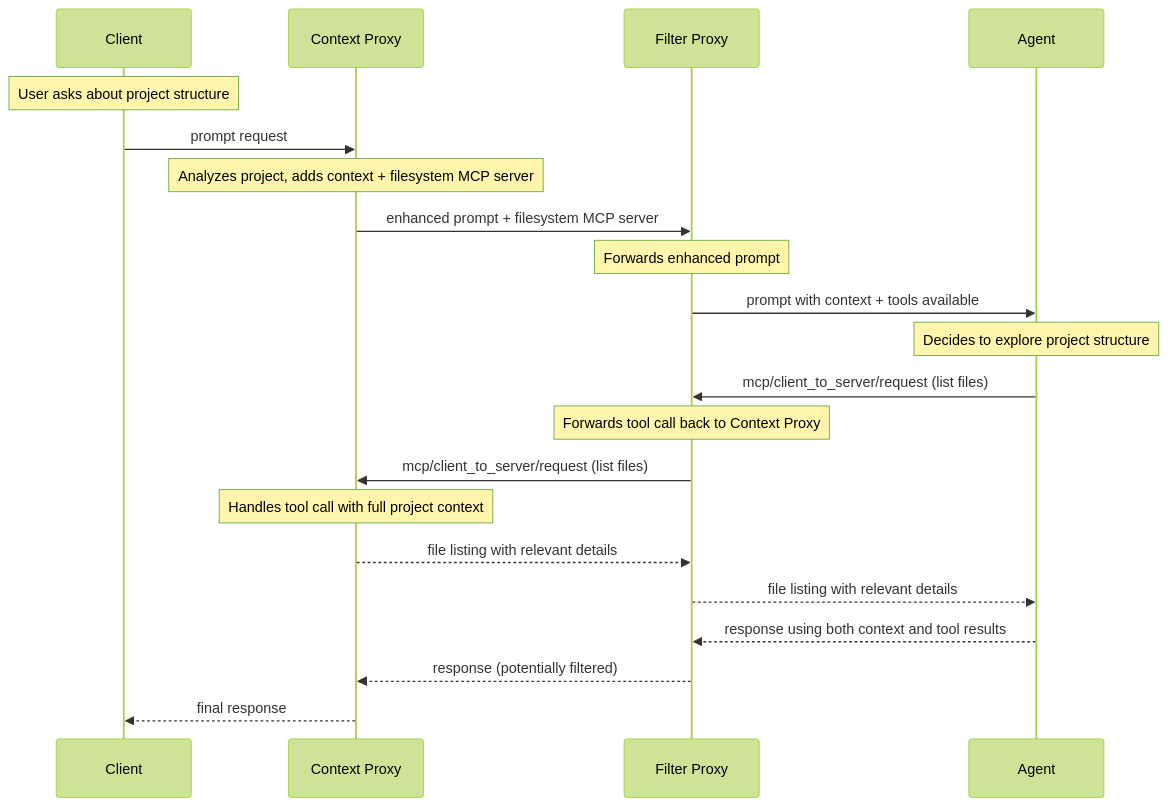
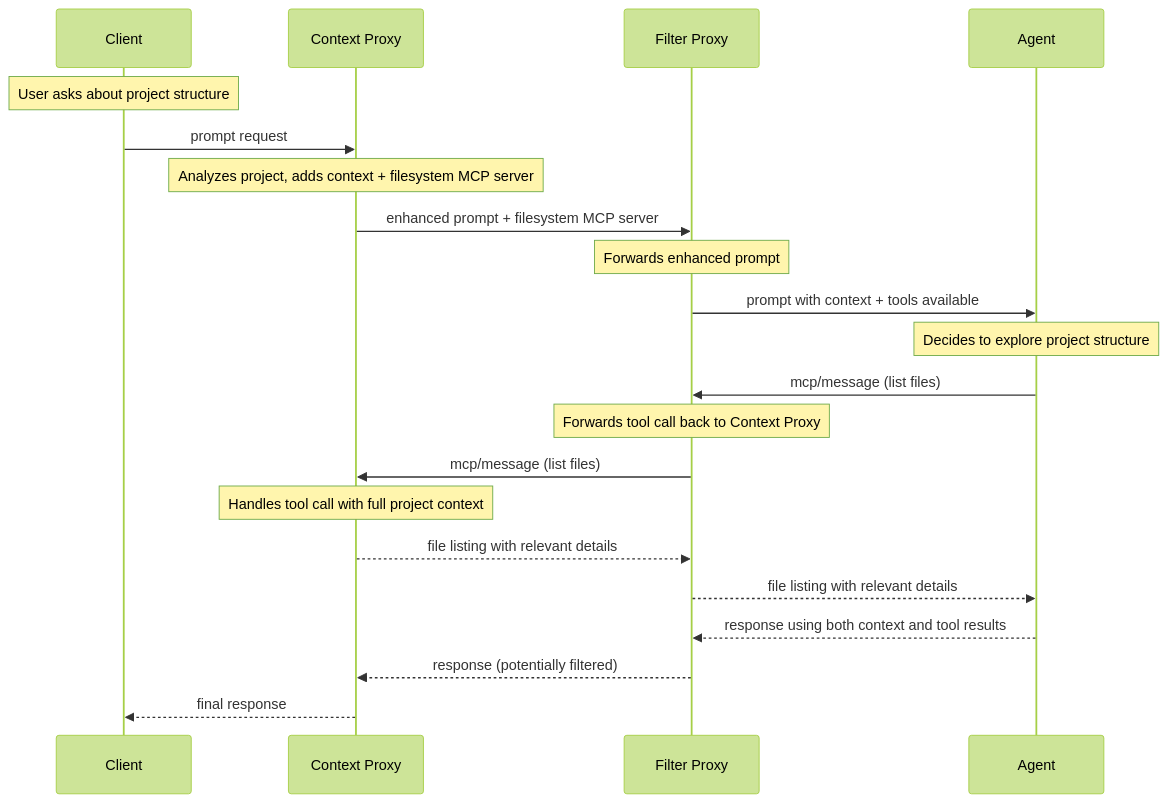
The second of 9 diagrams in docs/rfds/proxy-chains.mdx (agentclientprotocol/agent-client-protocol), drawn with Mermaid (forest theme) before and after one commit. The commit also changed other lines of this file, not shown here.

````diff
--- a/docs/rfds/proxy-chains.mdx
+++ b/docs/rfds/proxy-chains.mdx
@@ -70,30 +70,30 @@
 ```mermaid
 sequenceDiagram
     participant Client
     participant P1 as Context Proxy
     participant P2 as Filter Proxy  
     participant Agent
 
     Note over Client: User asks about project structure
     Client->>P1: prompt request
     
     Note over P1: Analyzes project, adds context + filesystem MCP server
     P1->>P2: enhanced prompt + filesystem MCP server
     
     Note over P2: Forwards enhanced prompt
     P2->>Agent: prompt with context + tools available
     
     Note over Agent: Decides to explore project structure
-    Agent->>P2: mcp/client_to_server/request (list files)
-    
+    Agent->>P2: mcp/message (list files)
+
     Note over P2: Forwards tool call back to Context Proxy
-    P2->>P1: mcp/client_to_server/request (list files)
+    P2->>P1: mcp/message (list files)
     
     Note over P1: Handles tool call with full project context
     P1-->>P2: file listing with relevant details
     P2-->>Agent: file listing with relevant details
     
     Agent-->>P2: response using both context and tool results
     P2-->>P1: response (potentially filtered)
     P1-->>Client: final response
 ```
````
